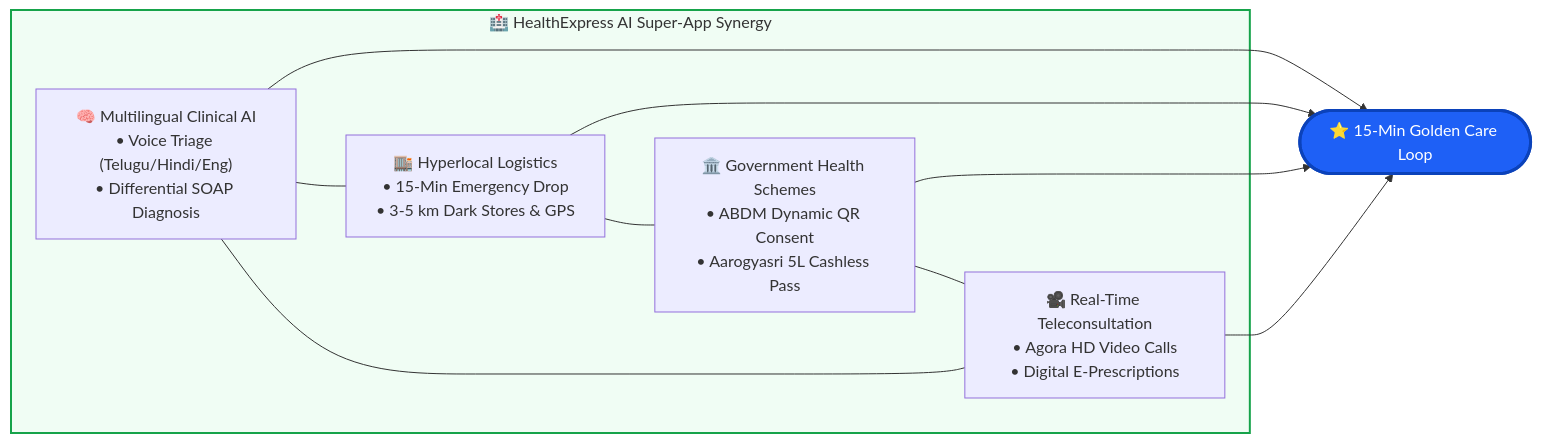
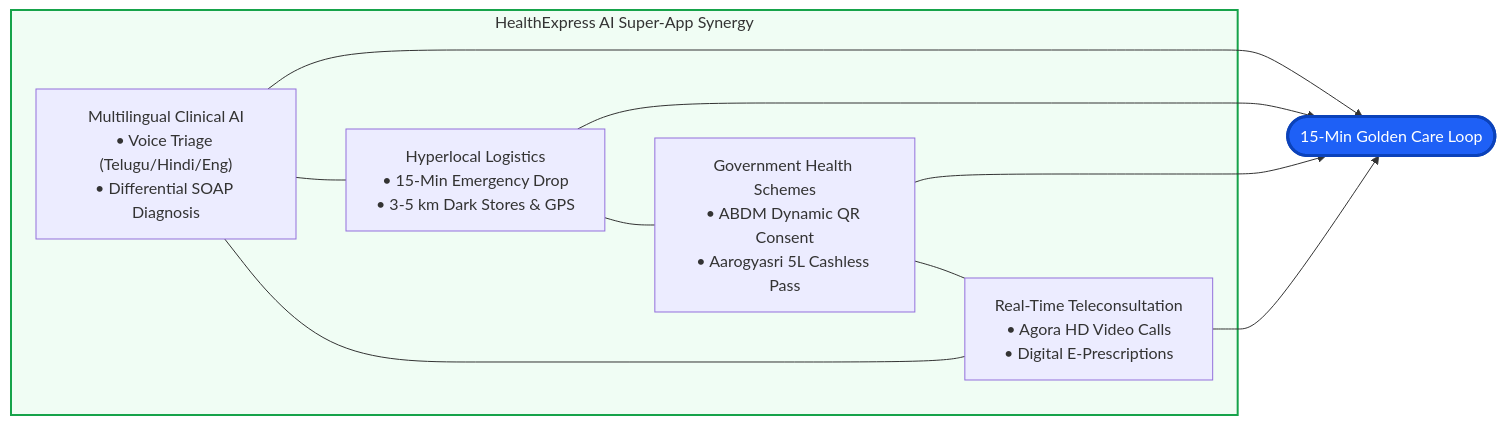
One commit to pavanstarkin-tech/healthyxpress_medha changed the third of 11 diagrams in README.md. Above: the diagram before and after it, drawn with Mermaid. The commit also changed other lines of this file, not shown here.

````diff
--- a/README.md
+++ b/README.md
@@ -215,22 +215,22 @@
 ```mermaid
 flowchart LR
-    subgraph HealthExpressSuperApp["🏥 HealthExpress AI Super-App Synergy"]
-        A["🧠 Multilingual Clinical AI<br/>• Voice Triage (Telugu/Hindi/Eng)<br/>• Differential SOAP Diagnosis"]
-        B["🏬 Hyperlocal Logistics<br/>• 15-Min Emergency Drop<br/>• 3-5 km Dark Stores & GPS"]
-        C["🏛️ Government Health Schemes<br/>• ABDM Dynamic QR Consent<br/>• Aarogyasri 5L Cashless Pass"]
-        D["🎥 Real-Time Teleconsultation<br/>• Agora HD Video Calls<br/>• Digital E-Prescriptions"]
+    subgraph HealthExpressSuperApp["HealthExpress AI Super-App Synergy"]
+        A["Multilingual Clinical AI<br/>• Voice Triage (Telugu/Hindi/Eng)<br/>• Differential SOAP Diagnosis"]
+        B["Hyperlocal Logistics<br/>• 15-Min Emergency Drop<br/>• 3-5 km Dark Stores & GPS"]
+        C["Government Health Schemes<br/>• ABDM Dynamic QR Consent<br/>• Aarogyasri 5L Cashless Pass"]
+        D["Real-Time Teleconsultation<br/>• Agora HD Video Calls<br/>• Digital E-Prescriptions"]
     end
 
     A --- B
     B --- C
     C --- D
     D --- A
 
-    A --> Core(["⭐ 15-Min Golden Care Loop"])
+    A --> Core(["15-Min Golden Care Loop"])
     B --> Core
     C --> Core
     D --> Core
 
     style HealthExpressSuperApp fill:#F0FDF4,stroke:#16A34A,stroke-width:2px
     style Core fill:#1E60F6,color:#FFFFFF,stroke:#0B42BA,stroke-width:3px
 ```
````
